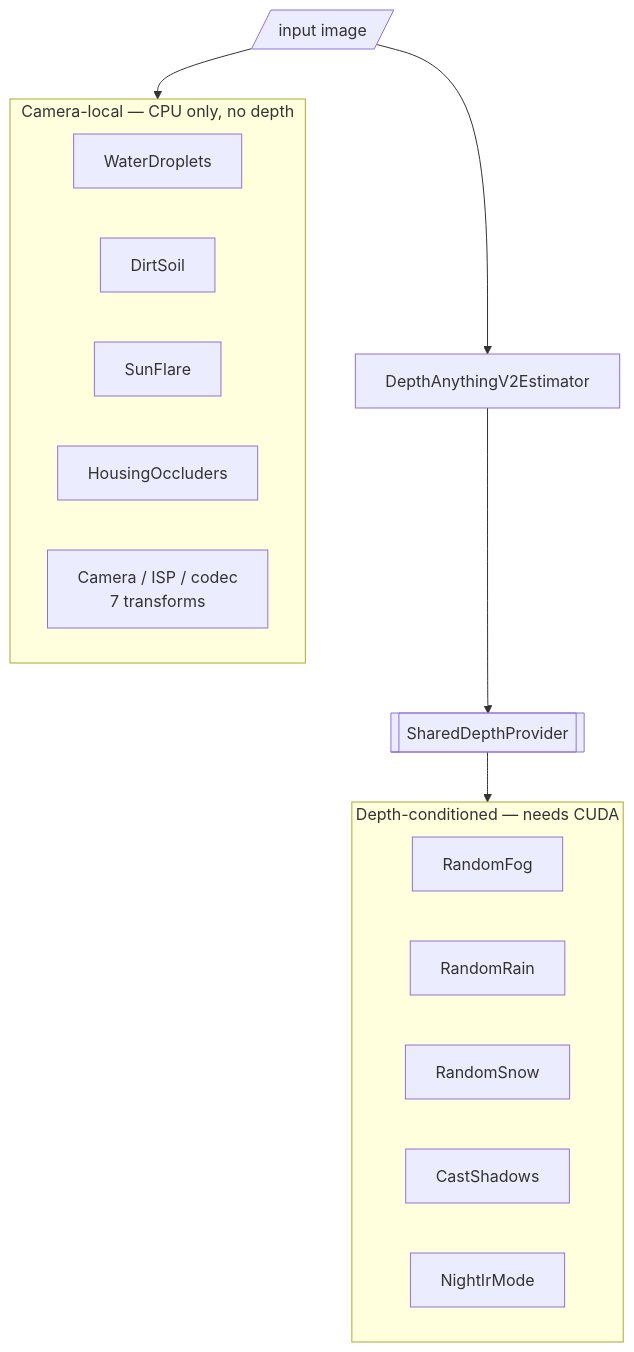
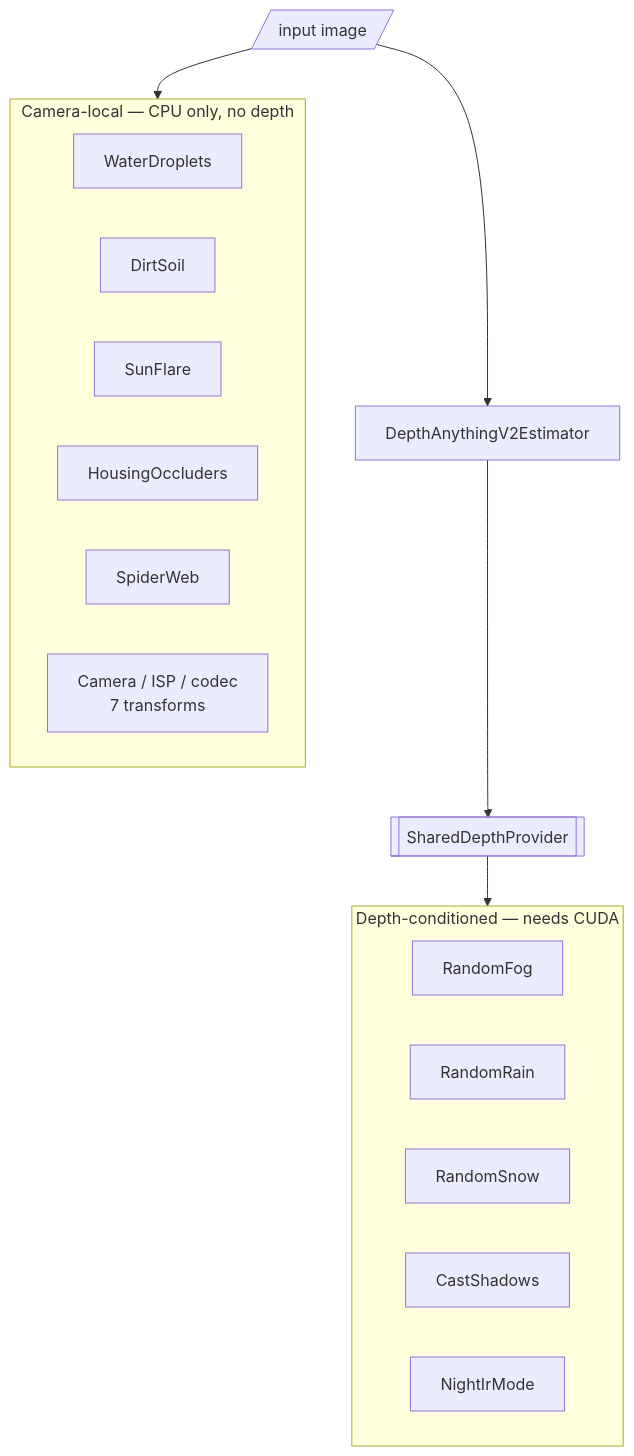
Before and after one commit to desmoteo/surmentations: the first of 19 diagrams in docs/how_it_works.md, drawn with Mermaid. The commit also changed other lines of this file and 13 other files, not shown here.

First line of the commit message:
Document SpiderWeb, and regenerate the example images with it

````diff
--- a/docs/how_it_works.md
+++ b/docs/how_it_works.md
@@ -19,21 +19,22 @@
 ```mermaid
 flowchart TD
     subgraph depthless["Camera-local — CPU only, no depth"]
         WD[WaterDroplets]
         DS[DirtSoil]
         SF[SunFlare]
         HO[HousingOccluders]
+        SW[SpiderWeb]
         CAM["Camera / ISP / codec<br/>7 transforms"]
     end
     subgraph depthful["Depth-conditioned — needs CUDA"]
         FOG[RandomFog]
         RAIN[RandomRain]
         SNOW[RandomSnow]
         CS[CastShadows]
         IR[NightIrMode]
     end
     IMG[/input image/] --> EST["DepthAnythingV2Estimator"]
     EST --> PROV[[SharedDepthProvider]]
     PROV --> depthful
     IMG --> depthless
 ```
````
